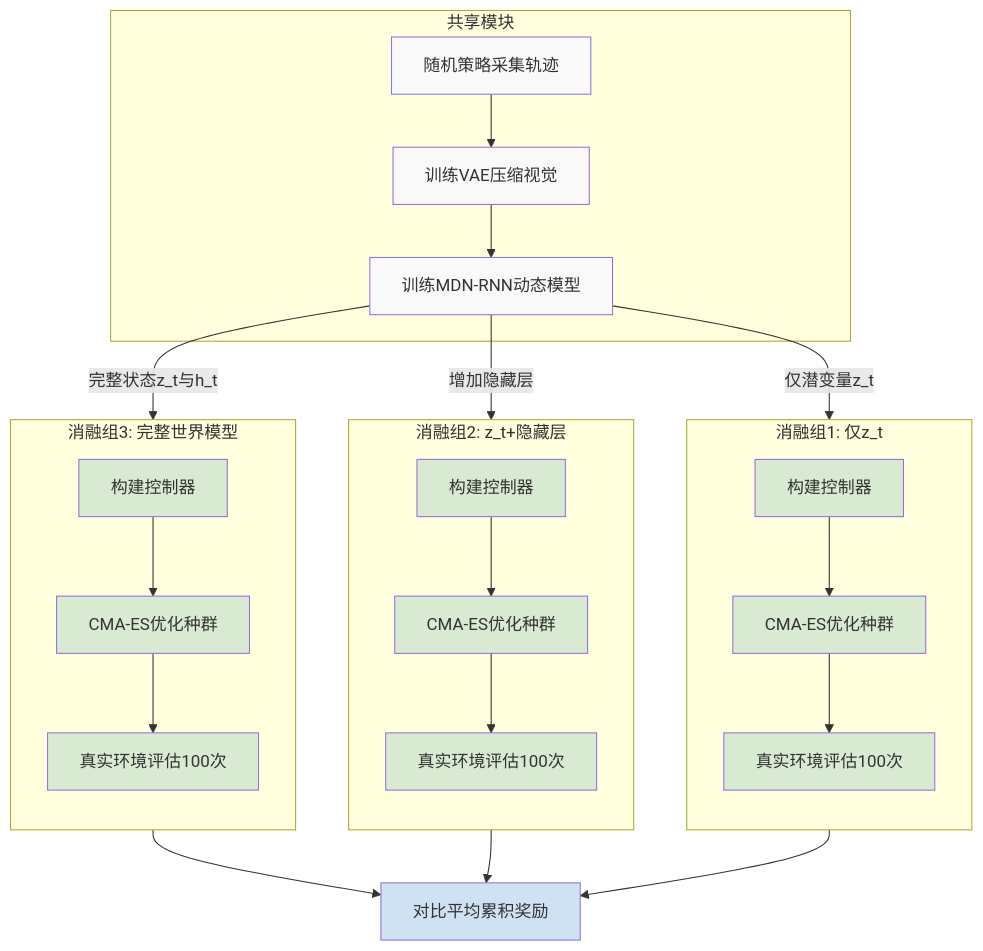
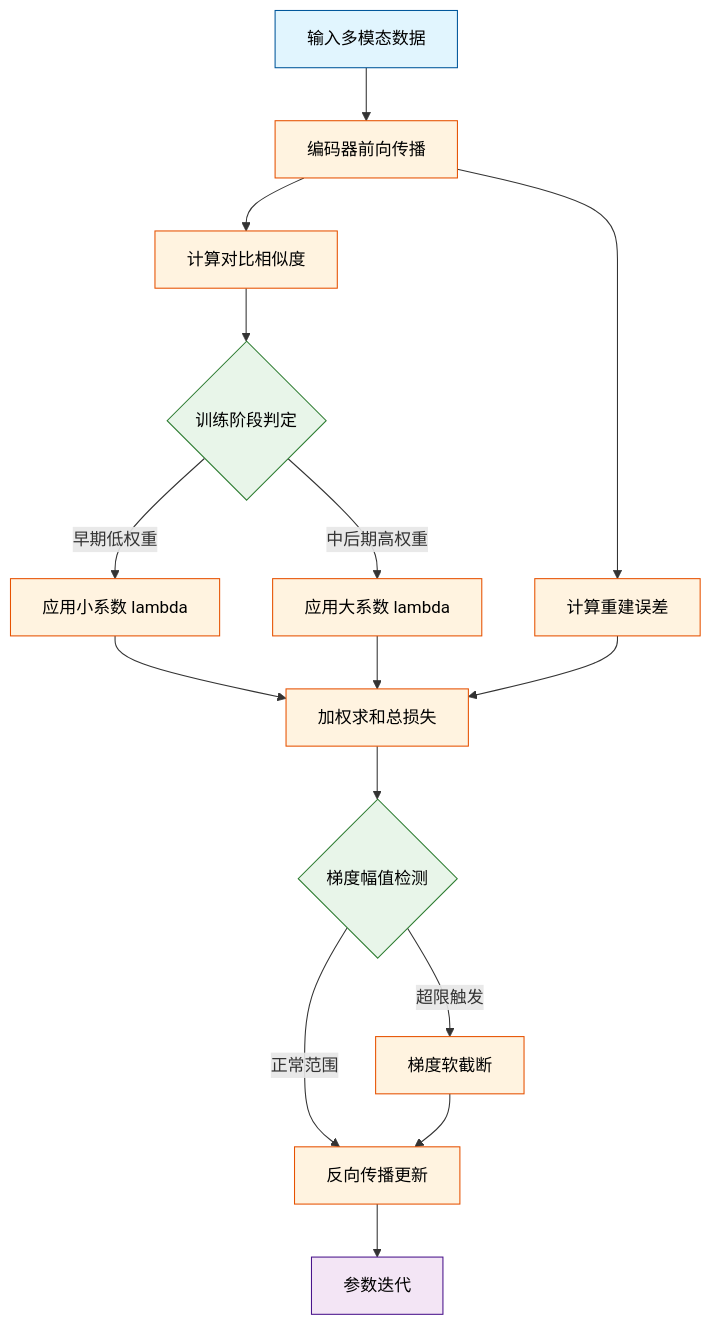
One commit to ShinewineW/paper-rolling changed the fourth of 10 diagrams in person_vault/2026-06-08_WorldModels_1803.10122/report.md. Above: the diagram before and after it, drawn with Mermaid. The commit also changed other lines of this file and 300 other files, not shown here.

````diff
--- a/person_vault/2026-06-08_WorldModels_1803.10122/report.md
+++ b/person_vault/2026-06-08_WorldModels_1803.10122/report.md
@@ -316,32 +185,22 @@
 ```mermaid
-graph TB
-    subgraph shared["共享模块"]
-        a_collect["随机策略采集轨迹"]:::shared --> b_train_vae["训练VAE压缩视觉"]:::shared
-        b_train_vae --> c_train_mdn["训练MDN-RNN动态模型"]:::shared
-    end
-    subgraph v1["消融组1: 仅z_t"]
-        direction TB
-        c_train_mdn -- 仅潜变量z_t --> e1_ctrl["构建控制器"]:::variant
-        e1_ctrl --> f1_cma["CMA-ES优化种群"]:::variant
-        f1_cma --> g1_eval["真实环境评估100次"]:::variant
-    end
-    subgraph v2["消融组2: z_t+隐藏层"]
-        direction TB
-        c_train_mdn -- 增加隐藏层 --> e2_ctrl["构建控制器"]:::variant
-        e2_ctrl --> f2_cma["CMA-ES优化种群"]:::variant
-        f2_cma --> g2_eval["真实环境评估100次"]:::variant
-    end
-    subgraph v3["消融组3: 完整世界模型"]
-        direction TB
-        c_train_mdn -- 完整状态z_t与h_t --> e3_ctrl["构建控制器"]:::variant
-        e3_ctrl --> f3_cma["CMA-ES优化种群"]:::variant
-        f3_cma --> g3_eval["真实环境评估100次"]:::variant
-    end
-    g1_eval --> h_compare["对比平均累积奖励"]:::result
-    g2_eval --> h_compare
-    g3_eval --> h_compare
+flowchart TD
+    classDef input fill:#e1f5fe,stroke:#01579b,color:#000;
+    classDef process fill:#fff3e0,stroke:#e65100,color:#000;
+    classDef decision fill:#e8f5e9,stroke:#2e7d32,color:#000;
+    classDef output fill:#f3e5f5,stroke:#4a148c,color:#000;
 
-    classDef shared fill:#f9f9f9,color:#333
-    classDef variant fill:#d9ead3,color:#333
-    classDef result fill:#cfe2f3,color:#333
+    raw_data["输入多模态数据"]:::input --> enc_forward["编码器前向传播"]:::process
+    enc_forward --> calc_recon["计算重建误差"]:::process
+    enc_forward --> calc_align["计算对比相似度"]:::process
+    calc_align --> check_phase{训练阶段判定}:::decision
+    check_phase -- 早期低权重 --> apply_lambda["应用小系数 lambda"]:::process
+    check_phase -- 中后期高权重 --> apply_lambda_high["应用大系数 lambda"]:::process
+    apply_lambda --> sum_loss["加权求和总损失"]:::process
+    apply_lambda_high --> sum_loss
+    calc_recon --> sum_loss
+    sum_loss --> grad_check{梯度幅值检测}:::decision
+    grad_check -- 超限触发 --> clip_grad["梯度软截断"]:::process
+    grad_check -- 正常范围 --> backprop["反向传播更新"]:::process
+    clip_grad --> backprop
+    backprop --> update_params["参数迭代"]:::output
 ```
````
